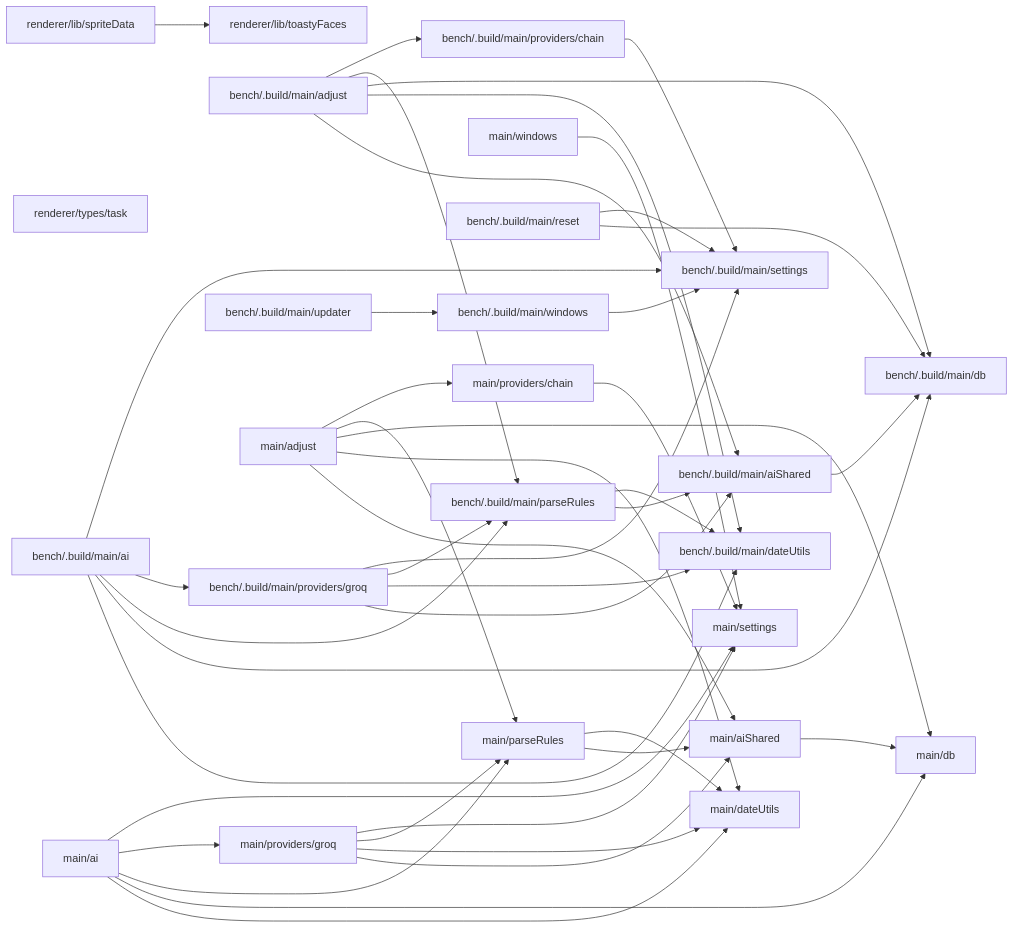
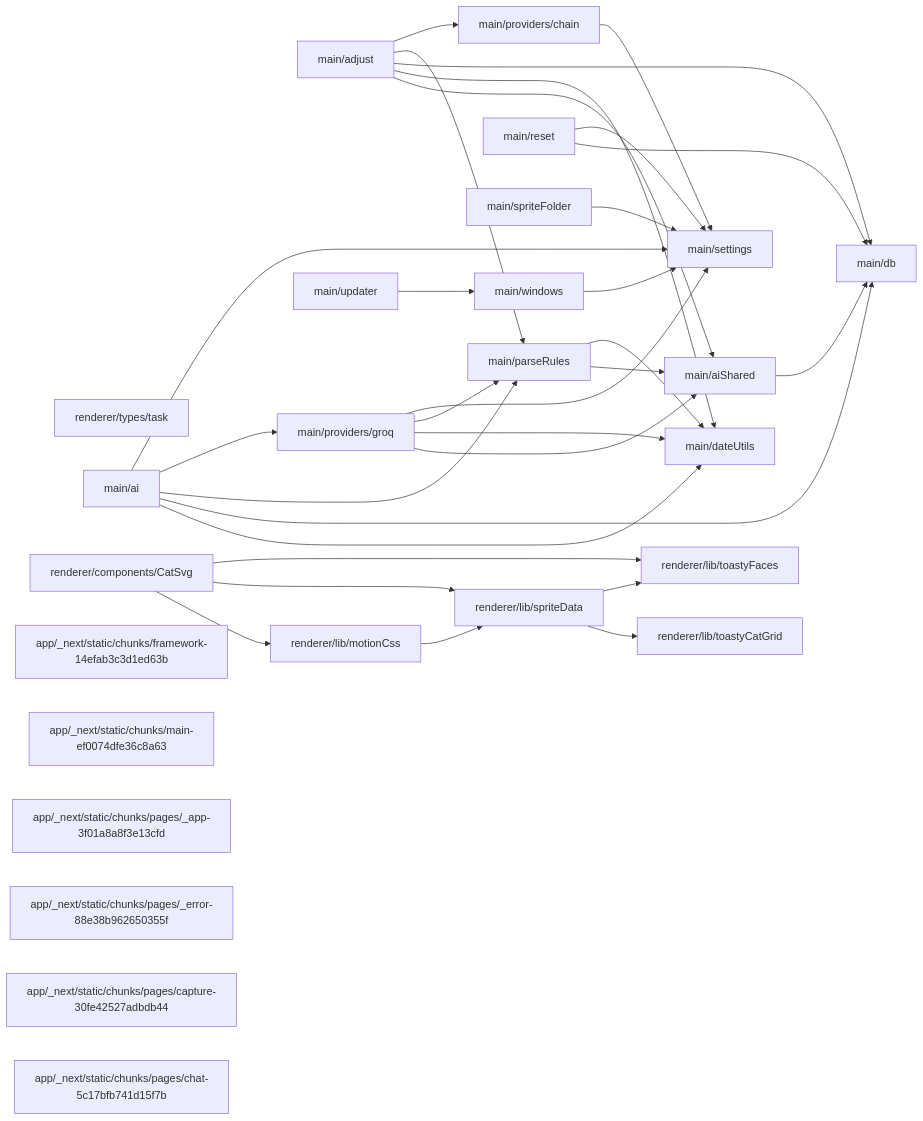
Before and after one commit to newbiemi/toasty: the first of 7 diagrams in docs/map/MAP.md, drawn with Mermaid. The commit also changed other lines of this file and 2 other files, not shown here.

First line of the commit message:
Toasty: bump to 0.5.2 for release

````diff
--- a/docs/map/MAP.md
+++ b/docs/map/MAP.md
@@ -16,70 +16,57 @@
 ```mermaid
 graph LR
   n0["main/settings"]
-  n1["bench/.build/main/settings"]
-  n2["bench/.build/main/db"]
-  n3["main/db"]
-  n4["bench/.build/main/dateUtils"]
-  n5["main/dateUtils"]
-  n6["bench/.build/main/aiShared"]
-  n7["bench/.build/main/parseRules"]
-  n8["main/aiShared"]
-  n9["main/parseRules"]
-  n10["renderer/lib/spriteData"]
-  n11["renderer/lib/toastyFaces"]
-  n12["bench/.build/main/windows"]
-  n13["main/windows"]
-  n14["renderer/types/task"]
-  n15["bench/.build/main/adjust"]
-  n16["bench/.build/main/ai"]
-  n17["bench/.build/main/providers/chain"]
-  n18["bench/.build/main/providers/groq"]
-  n19["bench/.build/main/reset"]
-  n20["bench/.build/main/updater"]
-  n21["main/adjust"]
-  n22["main/ai"]
-  n23["main/providers/chain"]
-  n24["main/providers/groq"]
-  n15 --> n6
-  n15 --> n4
-  n15 --> n2
+  n1["main/db"]
+  n2["main/dateUtils"]
+  n3["main/aiShared"]
+  n4["main/parseRules"]
+  n5["renderer/lib/spriteData"]
+  n6["renderer/lib/toastyFaces"]
+  n7["main/windows"]
+  n8["renderer/types/task"]
+  n9["main/adjust"]
+  n10["main/ai"]
+  n11["main/providers/chain"]
+  n12["main/providers/groq"]
+  n13["main/reset"]
+  n14["main/spriteFolder"]
+  n15["main/updater"]
+  n16["renderer/components/CatSvg"]
+  n17["renderer/lib/motionCss"]
+  n18["renderer/lib/toastyCatGrid"]
+  n19["app/_next/static/chunks/framework-14efab3c3d1ed63b"]
+  n20["app/_next/static/chunks/main-ef0074dfe36c8a63"]
+  n21["app/_next/static/chunks/pages/_app-3f01a8a8f3e13cfd"]
+  n22["app/_next/static/chunks/pages/_error-88e38b962650355f"]
+  n23["app/_next/static/chunks/pages/capture-30fe42527adbdb44"]
+  n24["app/_next/static/chunks/pages/chat-5c17bfb741d15f7b"]
+  n9 --> n3
+  n9 --> n2
+  n9 --> n1
+  n9 --> n4
+  n9 --> n11
+  n10 --> n2
+  n10 --> n1
+  n10 --> n4
+  n10 --> n12
+  n10 --> n0
+  n3 --> n1
+  n4 --> n3
+  n4 --> n2
+  n11 --> n0
+  n12 --> n3
+  n12 --> n2
+  n12 --> n4
+  n12 --> n0
+  n13 --> n1
+  n13 --> n0
+  n14 --> n0
   n15 --> n7
-  n15 --> n17
-  n16 --> n4
-  n16 --> n2
-  n16 --> n7
-  n16 --> n18
-  n16 --> n1
-  n6 --> n2
-  n7 --> n6
-  n7 --> n4
-  n17 --> n1
-  n18 --> n6
-  n18 --> n4
-  n18 --> n7
-  n18 --> n1
-  n19 --> n2
-  n19 --> n1
-  n20 --> n12
-  n12 --> n1
-  n21 --> n8
-  n21 --> n5
-  n21 --> n3
-  n21 --> n9
-  n21 --> n23
-  n22 --> n5
-  n22 --> n3
-  n22 --> n9
-  n22 --> n24
-  n22 --> n0
-  n8 --> n3
-  n9 --> n8
-  n9 --> n5
-  n23 --> n0
-  n24 --> n8
-  n24 --> n5
-  n24 --> n9
-  n24 --> n0
-  n13 --> n0
-  n10 --> n11
+  n7 --> n0
+  n16 --> n17
+  n16 --> n5
+  n16 --> n6
+  n17 --> n5
+  n5 --> n18
+  n5 --> n6
 ```
````
